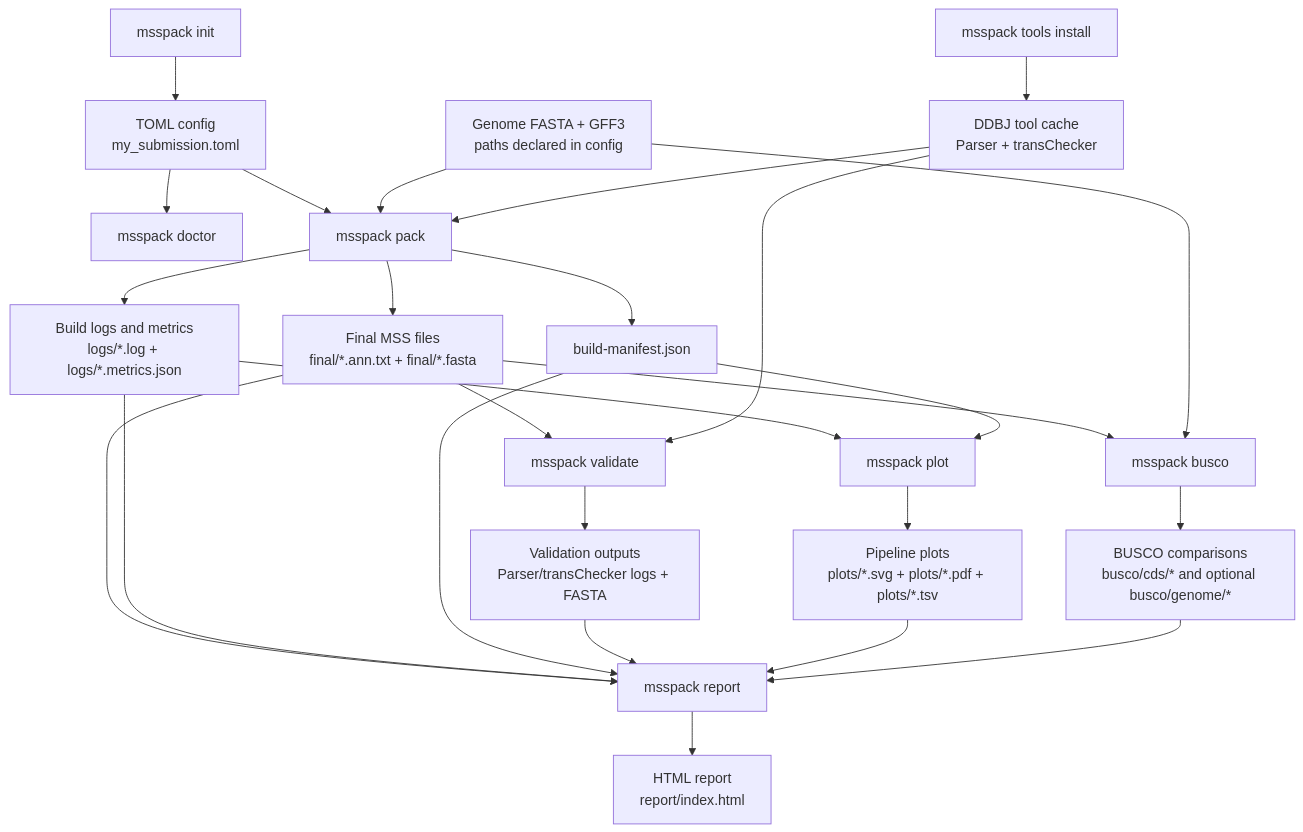
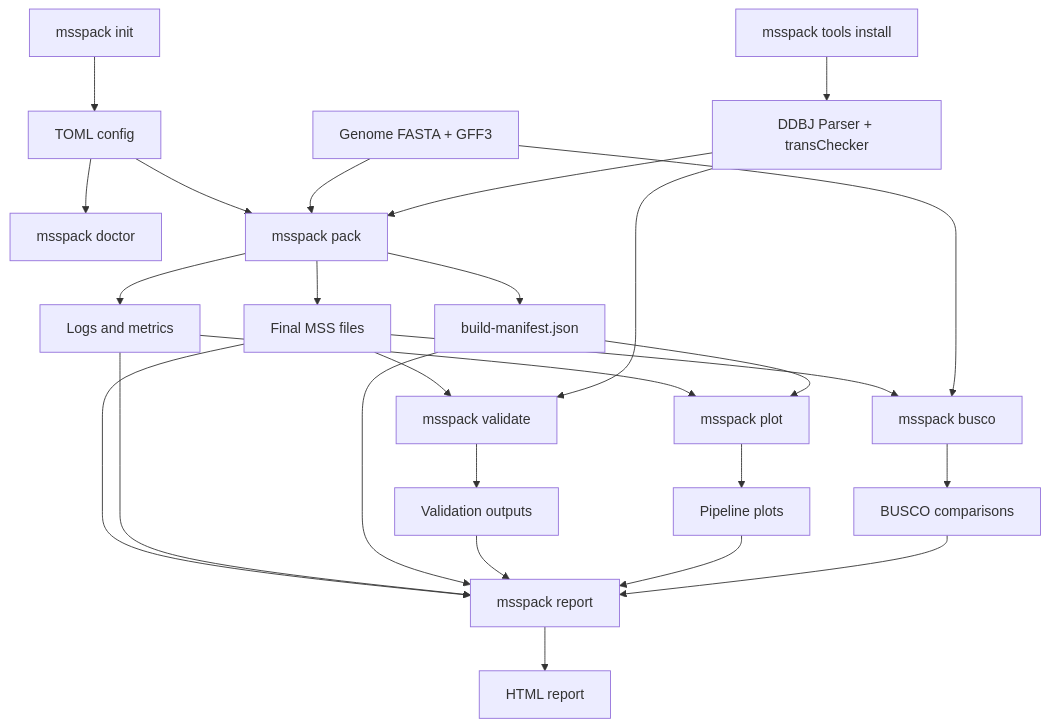
One commit to kfuku52/msspack changed the diagram in README.md. Above: the diagram before and after it, drawn with Mermaid. The commit also changed other lines of this file, not shown here.

````diff
--- a/README.md
+++ b/README.md
@@ -132,39 +92,39 @@
 ```mermaid
 flowchart TD
-  Config["TOML config<br/>my_submission.toml"]
-  Inputs["Genome FASTA + GFF3<br/>paths declared in config"]
-  ToolCache["DDBJ tool cache<br/>Parser + transChecker"]
-  FinalFiles["Final MSS files<br/>final/*.ann.txt + final/*.fasta"]
-  Logs["Build logs and metrics<br/>logs/*.log + logs/*.metrics.json"]
+  Config["TOML config"]
+  Inputs["Genome FASTA + GFF3"]
+  Tools["DDBJ Parser + transChecker"]
+  FinalFiles["Final MSS files"]
+  Logs["Logs and metrics"]
   Manifest["build-manifest.json"]
-  Validation["Validation outputs<br/>Parser/transChecker logs + FASTA"]
-  Plots["Pipeline plots<br/>plots/*.svg + plots/*.pdf + plots/*.tsv"]
-  Busco["BUSCO comparisons<br/>busco/cds/* and optional busco/genome/*"]
-  Report["HTML report<br/>report/index.html"]
+  Validation["Validation outputs"]
+  Plots["Pipeline plots"]
+  Busco["BUSCO comparisons"]
+  Report["HTML report"]
 
   Init["msspack init"] --> Config
   Config --> Doctor["msspack doctor"]
-  Tools["msspack tools install"] --> ToolCache
+  Install["msspack tools install"] --> Tools
   Config --> Pack["msspack pack"]
   Inputs --> Pack
-  ToolCache --> Pack
+  Tools --> Pack
   Pack --> FinalFiles
   Pack --> Logs
   Pack --> Manifest
   FinalFiles --> Validate["msspack validate"]
-  ToolCache --> Validate
+  Tools --> Validate
   Validate --> Validation
   Logs --> Plot["msspack plot"]
   Manifest --> Plot
   Plot --> Plots
   FinalFiles --> BuscoCmd["msspack busco"]
   Inputs --> BuscoCmd
   BuscoCmd --> Busco
   FinalFiles --> ReportCmd["msspack report"]
   Logs --> ReportCmd
   Manifest --> ReportCmd
   Validation --> ReportCmd
   Plots --> ReportCmd
   Busco --> ReportCmd
   ReportCmd --> Report
 ```
````
